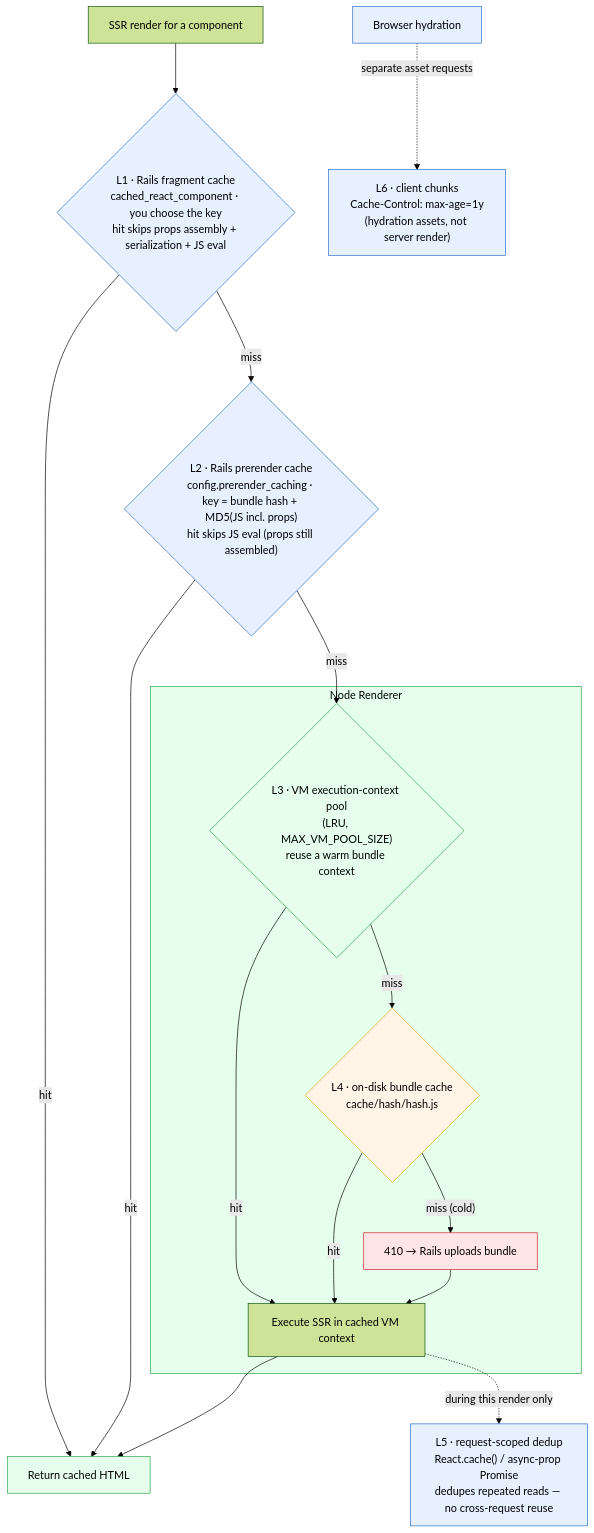
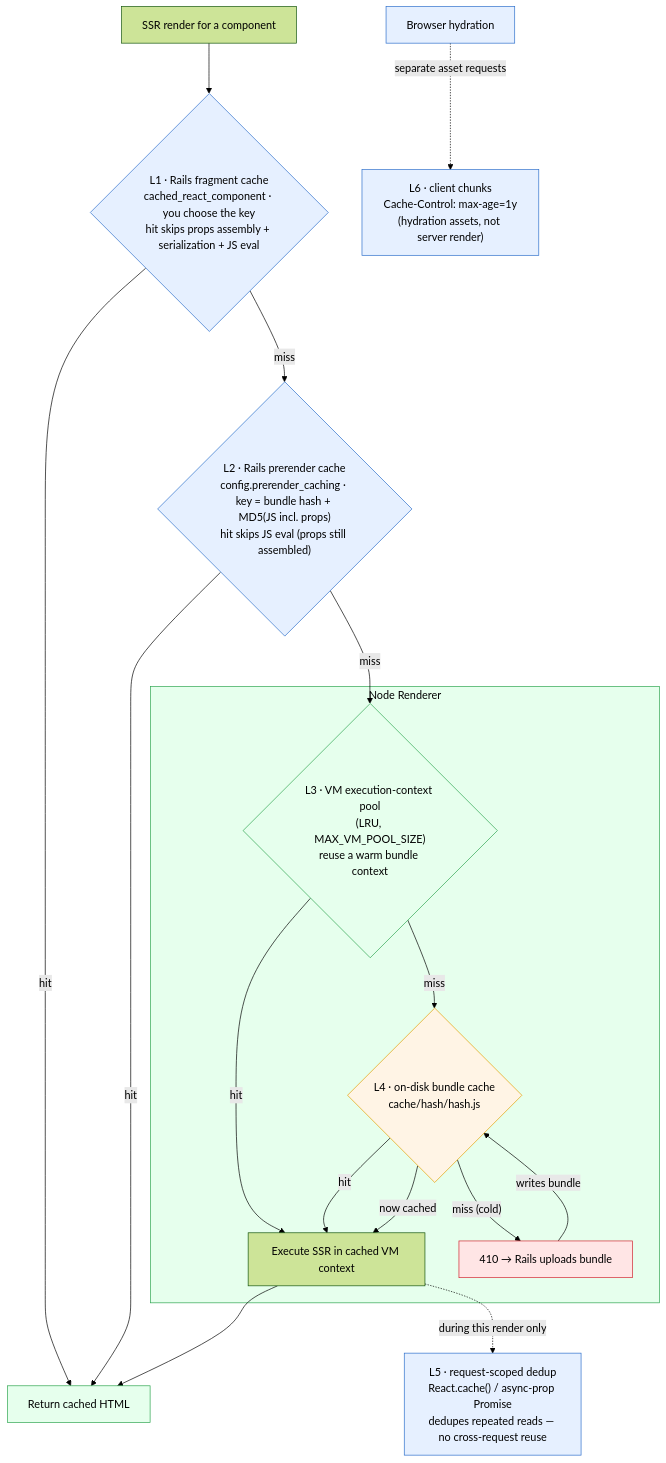
The third of 5 diagrams in docs/pro/node-renderer.md (shakacode/react_on_rails), drawn with Mermaid (forest theme) before and after one commit. The commit also changed other lines of this file and 2 other files, not shown here.

Commit message:
Address final docs diagram review notes

````diff
--- a/docs/pro/node-renderer.md
+++ b/docs/pro/node-renderer.md
@@ -101,29 +101,30 @@
 ```mermaid
 flowchart TB
     Req["SSR render for a component"] --> L1{"L1 · Rails fragment cache<br/>cached_react_component · you choose the key<br/>hit skips props assembly + serialization + JS eval"}
     L1 -- "hit" --> Done["Return cached HTML"]
     L1 -- "miss" --> L2{"L2 · Rails prerender cache<br/>config.prerender_caching · key = bundle hash + MD5(JS incl. props)<br/>hit skips JS eval (props still assembled)"}
     L2 -- "hit" --> Done
     L2 -- "miss" --> L3
     subgraph Renderer["Node Renderer"]
         L3{"L3 · VM execution-context pool<br/>(LRU, MAX_VM_POOL_SIZE)<br/>reuse a warm bundle context"}
         L3 -- "hit" --> Exec["Execute SSR in cached VM context"]
         L3 -- "miss" --> L4{"L4 · on-disk bundle cache<br/>cache/hash/hash.js"}
         L4 -- "hit" --> Exec
         L4 -- "miss (cold)" --> Upload["410 → Rails uploads bundle"]
-        Upload --> Exec
+        Upload -- "writes bundle" --> L4
+        L4 -- "now cached" --> Exec
     end
     Exec --> Done
     Exec -. "during this render only" .-> L5["L5 · request-scoped dedup<br/>React.cache() / async-prop Promise<br/>dedupes repeated reads — no cross-request reuse"]
     Browser["Browser hydration"] -. "separate asset requests" .-> L6["L6 · client chunks<br/>Cache-Control: max-age=1y<br/>(hydration assets, not server render)"]
     style L1 fill:#e6f0ff,stroke:#2c6ecb,color:#000
     style L2 fill:#e6f0ff,stroke:#2c6ecb,color:#000
     style Done fill:#e6ffed,stroke:#2da44e,color:#000
     style Renderer fill:#e6ffed,stroke:#2da44e,color:#000
     style L3 fill:#e6ffed,stroke:#2da44e,color:#000
     style L4 fill:#fff4e5,stroke:#e0a000,color:#000
     style Upload fill:#ffe5e5,stroke:#d1242f,color:#000
     style Browser fill:#e6f0ff,stroke:#2c6ecb,color:#000
     style L5 fill:#e6f0ff,stroke:#2c6ecb,color:#000
     style L6 fill:#e6f0ff,stroke:#2c6ecb,color:#000
 ```
````
